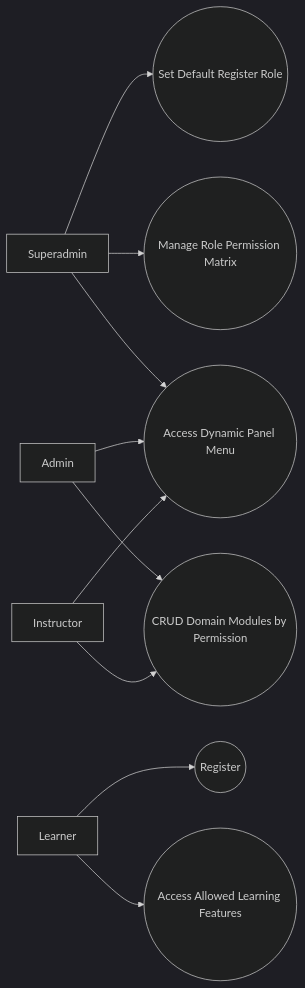
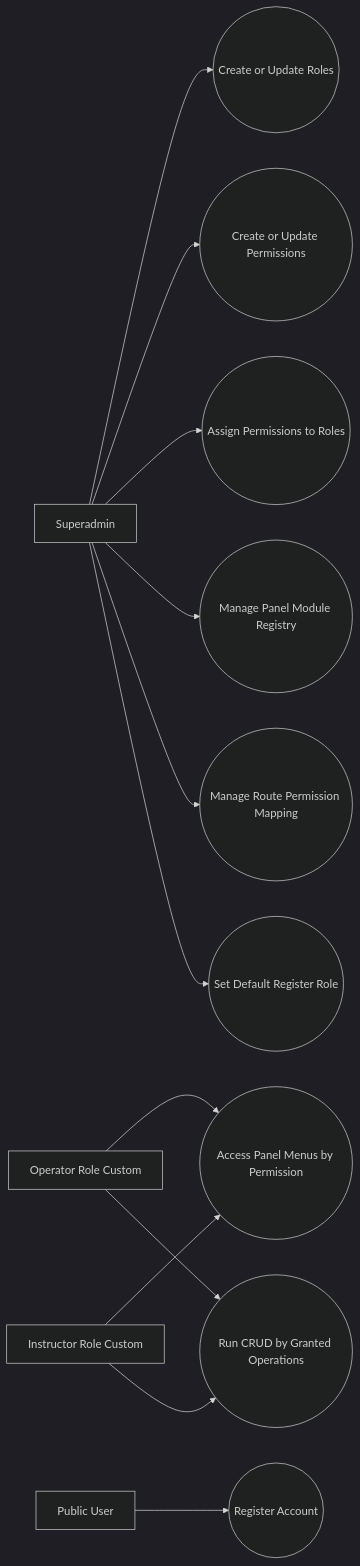
One commit to lutfiangga/nuwaira-web changed the diagram in docs/design-system-uml/use-case.md. Above: the diagram before and after it, drawn with Mermaid (dark theme). The commit also changed 183 other files, not shown here.

````diff
--- a/docs/design-system-uml/use-case.md
+++ b/docs/design-system-uml/use-case.md
@@ -3,15 +3,17 @@
 ```mermaid
 flowchart LR
-  SA[Superadmin] --> UC1((Set Default Register Role))
-  SA --> UC2((Manage Role Permission Matrix))
-  SA --> UC3((Access Dynamic Panel Menu))
+  SA[Superadmin] --> UC1((Create or Update Roles))
+  SA --> UC2((Create or Update Permissions))
+  SA --> UC3((Assign Permissions to Roles))
+  SA --> UC4((Manage Panel Module Registry))
+  SA --> UC5((Manage Route Permission Mapping))
+  SA --> UC6((Set Default Register Role))
 
-  ADMIN[Admin] --> UC3
-  ADMIN --> UC4((CRUD Domain Modules by Permission))
+  OP[Operator Role Custom] --> UC7((Access Panel Menus by Permission))
+  OP --> UC8((Run CRUD by Granted Operations))
 
-  INS[Instructor] --> UC3
-  INS --> UC4
+  IN[Instructor Role Custom] --> UC7
+  IN --> UC8
 
-  LEARNER[Learner] --> UC5((Register))
-  LEARNER --> UC6((Access Allowed Learning Features))
+  PUB[Public User] --> UC9((Register Account))
 ```
````
